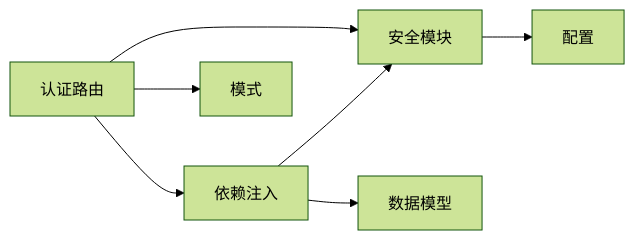
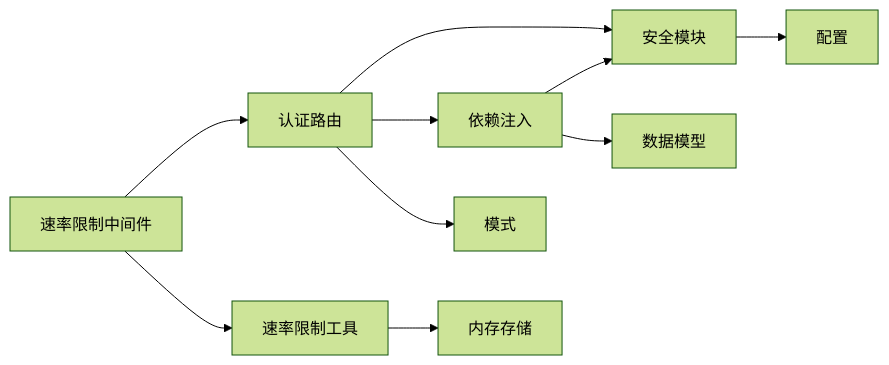
The eighth of 8 diagrams in .qoder/repowiki/zh/content/暑假作业打卡系统/后端服务架构/路由层设计/用户认证路由.md (onebody/homework), drawn with Mermaid (forest theme) before and after one commit. The commit also changed other lines of this file and 15 other files, not shown here.

````diff
--- a/.qoder/repowiki/zh/content/暑假作业打卡系统/后端服务架构/路由层设计/用户认证路由.md
+++ b/.qoder/repowiki/zh/content/暑假作业打卡系统/后端服务架构/路由层设计/用户认证路由.md
@@ -283,9 +357,12 @@
 ```mermaid
 graph LR
 AuthRouter["认证路由"] --> Security["安全模块"]
 AuthRouter --> Deps["依赖注入"]
 Deps --> Security
 Deps --> Models["数据模型"]
 AuthRouter --> Schemas["模式"]
 Security --> Config["配置"]
+RateLimitMiddleware["速率限制中间件"] --> AuthRouter
+RateLimitMiddleware --> RateLimitUtils["速率限制工具"]
+RateLimitUtils --> MemoryStorage["内存存储"]
 ```
````
